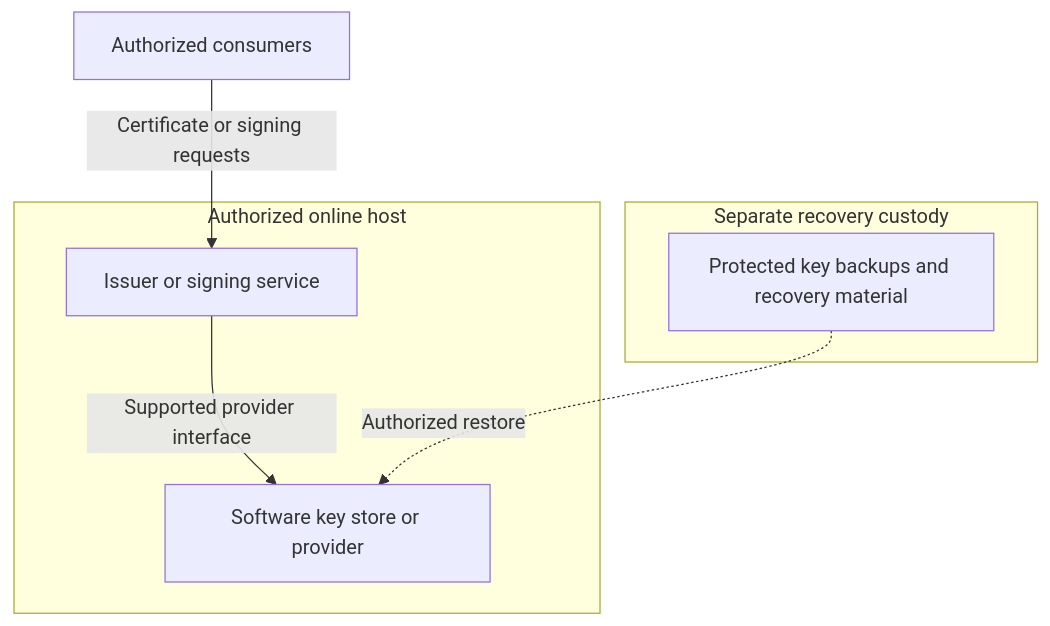
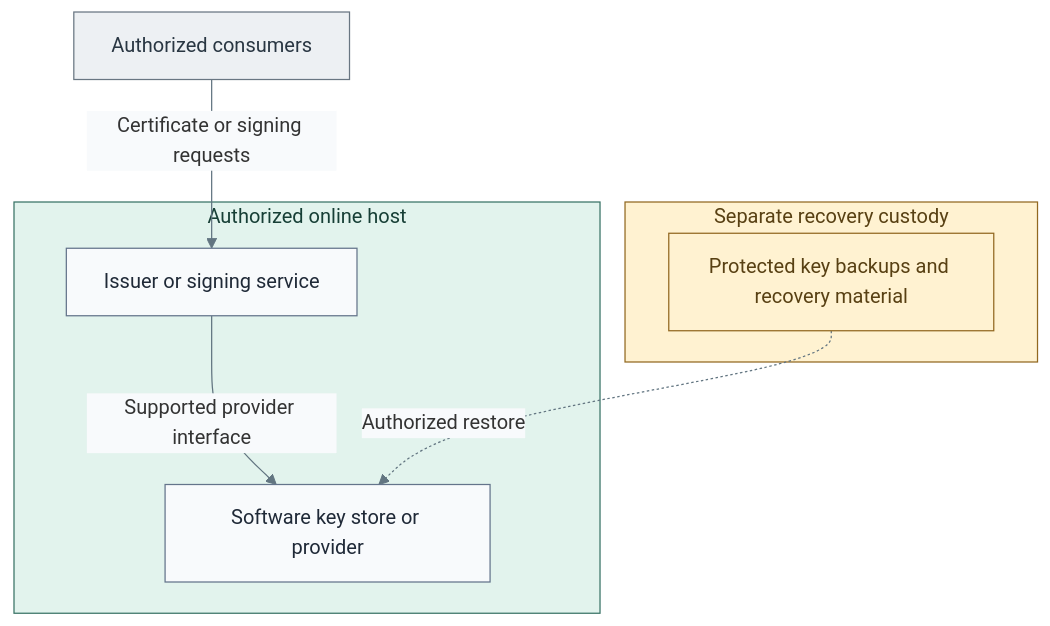
Before and after one commit to Rexus/homelab: the first of 4 diagrams in docs/architecture/cryptography/hsm-selection.md, drawn with Mermaid. The commit also changed other lines of this file and 49 other files, not shown here.

Commit message:
docs(diagrams): clarify tier layouts and visual styles

````diff
--- a/docs/architecture/cryptography/hsm-selection.md
+++ b/docs/architecture/cryptography/hsm-selection.md
@@ -49,11 +49,19 @@
 ```mermaid
+%%{init: {"theme":"base","themeVariables":{"lineColor":"#627581","edgeLabelBackground":"#f8fafc"}}}%%
 flowchart TB
   Consumers["Authorized consumers"] -->|Certificate or signing requests| Service
   subgraph Host["Authorized online host"]
     Service["Issuer or signing service"] -->|Supported provider interface| Provider["Software key store or provider"]
   end
   subgraph Custody["Separate recovery custody"]
     Recovery["Protected key backups and recovery material"]
   end
   Recovery -. "Authorized restore" .-> Provider
+  classDef default fill:#f8fafc,stroke:#64748b,color:#1f2937
+  classDef actor fill:#edf0f3,stroke:#697682,color:#293642
+  classDef control fill:#e2f3ed,stroke:#397366,color:#173f36
+  classDef custody fill:#fff2d1,stroke:#926820,color:#584013
+  class Consumers actor
+  class Host control
+  class Custody,Recovery custody
 ```
````
